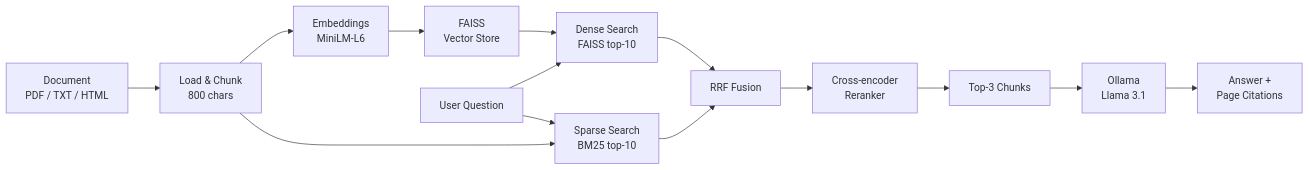
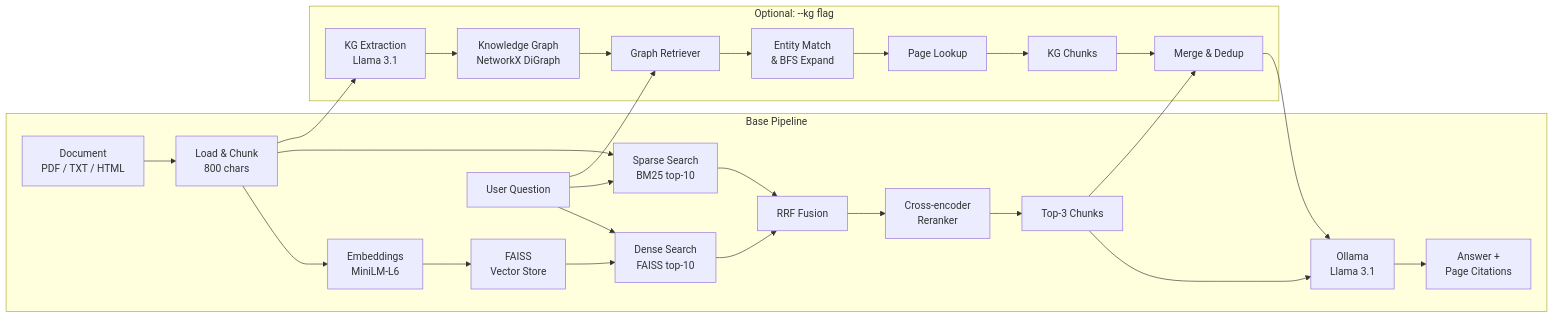
One commit to Sepovsky/CiteRAG changed the diagram in README.md. Above: the diagram before and after it, drawn with Mermaid. The commit also changed other lines of this file, not shown here.

Commit message:
docs: document knowledge graph features in README

````diff
--- a/README.md
+++ b/README.md
@@ -12,16 +12,31 @@
 ```mermaid
 flowchart LR
-    A[Document<br/>PDF / TXT / HTML] --> B[Load & Chunk<br/>800 chars]
-    B --> C[Embeddings<br/>MiniLM-L6]
-    C --> D[FAISS<br/>Vector Store]
-    E[User Question] --> F[Dense Search<br/>FAISS top-10]
-    E --> G[Sparse Search<br/>BM25 top-10]
-    D --> F
-    B --> G
-    F --> H[RRF Fusion]
-    G --> H
-    H --> I[Cross-encoder<br/>Reranker]
-    I --> J[Top-3 Chunks]
-    J --> K[Ollama<br/>Llama 3.1]
-    K --> L[Answer +<br/>Page Citations]
+    subgraph base["Base Pipeline"]
+        A[Document<br/>PDF / TXT / HTML] --> B[Load & Chunk<br/>800 chars]
+        B --> C[Embeddings<br/>MiniLM-L6]
+        C --> D[FAISS<br/>Vector Store]
+        E[User Question] --> F[Dense Search<br/>FAISS top-10]
+        E --> G[Sparse Search<br/>BM25 top-10]
+        D --> F
+        B --> G
+        F --> H[RRF Fusion]
+        G --> H
+        H --> I[Cross-encoder<br/>Reranker]
+        I --> J[Top-3 Chunks]
+        J --> K[Ollama<br/>Llama 3.1]
+        K --> L[Answer +<br/>Page Citations]
+    end
+
+    subgraph kg["Optional: --kg flag"]
+        B --> M[KG Extraction<br/>Llama 3.1]
+        M --> N[Knowledge Graph<br/>NetworkX DiGraph]
+        E --> O[Graph Retriever]
+        N --> O
+        O --> P[Entity Match<br/>& BFS Expand]
+        P --> Q[Page Lookup]
+        Q --> R[KG Chunks]
+        J --> S[Merge & Dedup]
+        R --> S
+        S --> K
+    end
 ```
````
